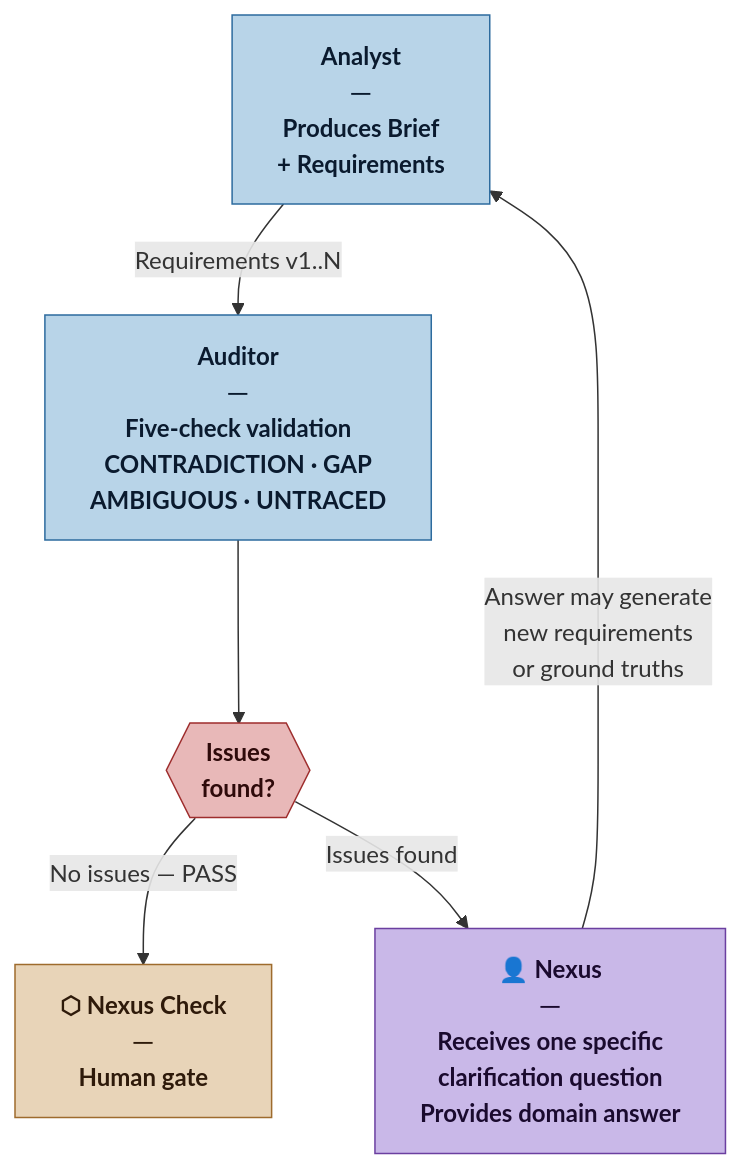
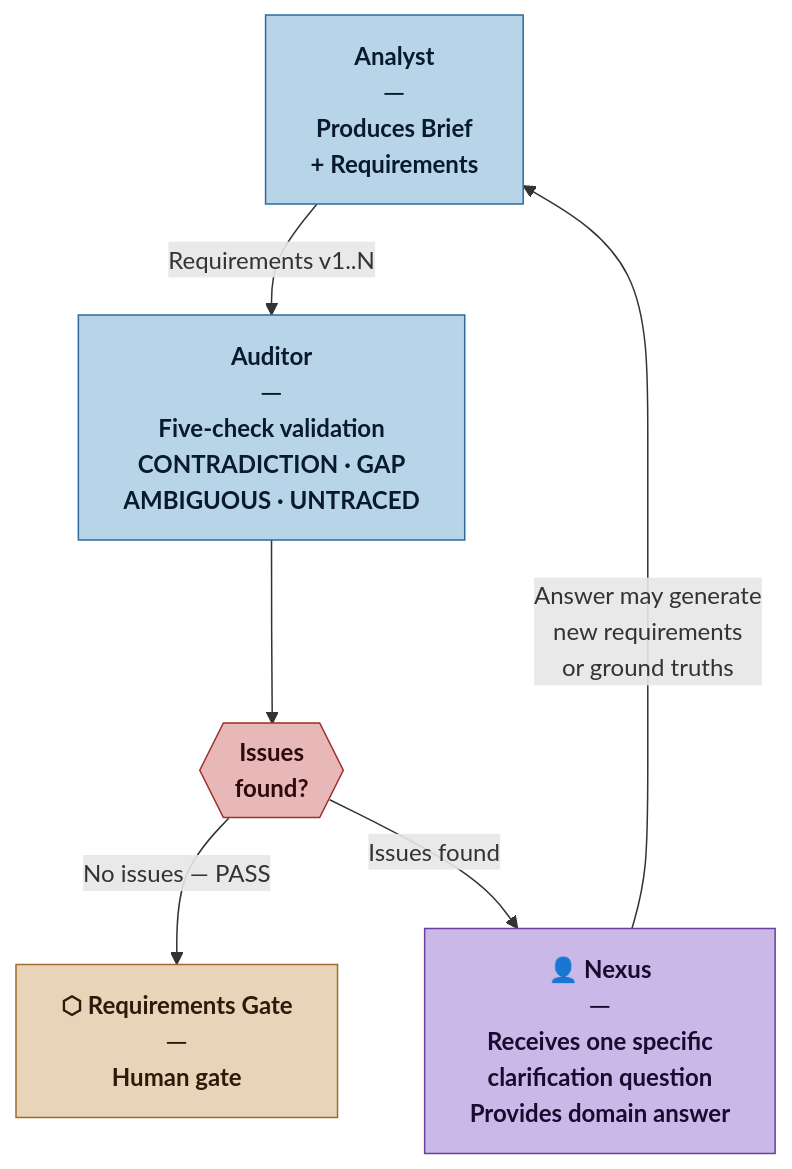
The first of 2 diagrams in process/DEC-0015-ingestion-loop.md (loskylp/Nexus-SDLC), drawn with Mermaid before and after one commit. The commit also changed other lines of this file and 12 other files, not shown here.

````diff
--- a/process/DEC-0015-ingestion-loop.md
+++ b/process/DEC-0015-ingestion-loop.md
@@ -21,19 +21,19 @@
 ```mermaid
 flowchart TD
     classDef nexus    fill:#c9b8e8,stroke:#6b3fa0,color:#1a0a2e,font-weight:bold
     classDef agent    fill:#b8d4e8,stroke:#2d6b9e,color:#0a1a2e,font-weight:bold
     classDef gate     fill:#e8d4b8,stroke:#9e6b2d,color:#2e1a0a,font-weight:bold
     classDef decision fill:#e8b8b8,stroke:#9e2d2d,color:#2e0a0a,font-weight:bold
 
     AN["Analyst<br/>─<br/>Produces Brief<br/>+ Requirements"]:::agent
     AU["Auditor<br/>─<br/>Five-check validation<br/>CONTRADICTION · GAP<br/>AMBIGUOUS · UNTRACED"]:::agent
     DEC{{"Issues<br/>found?"}}:::decision
     NQ["👤 Nexus<br/>─<br/>Receives one specific<br/>clarification question<br/>Provides domain answer"]:::nexus
-    NC["⬡ Nexus Check<br/>─<br/>Human gate"]:::gate
+    NC["⬡ Requirements Gate<br/>─<br/>Human gate"]:::gate
 
     AN  -->|"Requirements v1..N"| AU
     AU  --> DEC
     DEC -->|"No issues — PASS"| NC
     DEC -->|"Issues found"| NQ
     NQ  -->|"Answer may generate<br/>new requirements<br/>or ground truths"| AN
 ```
````
